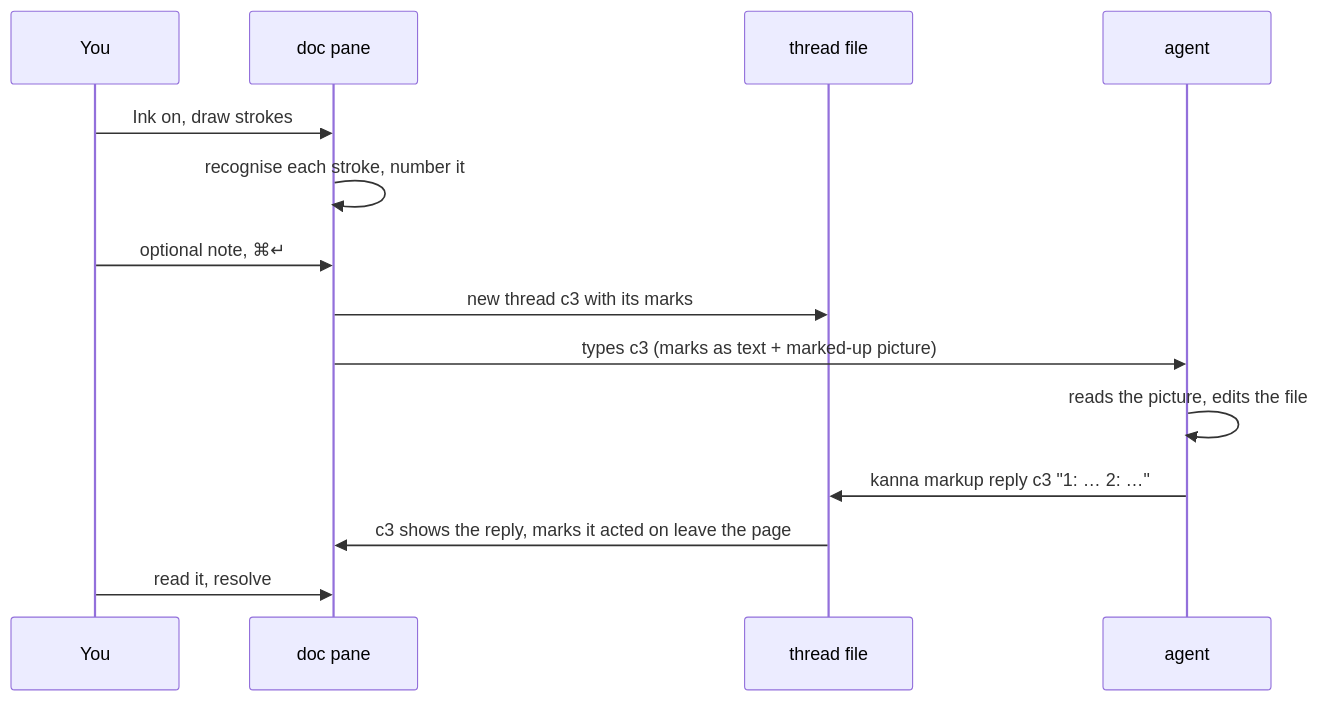
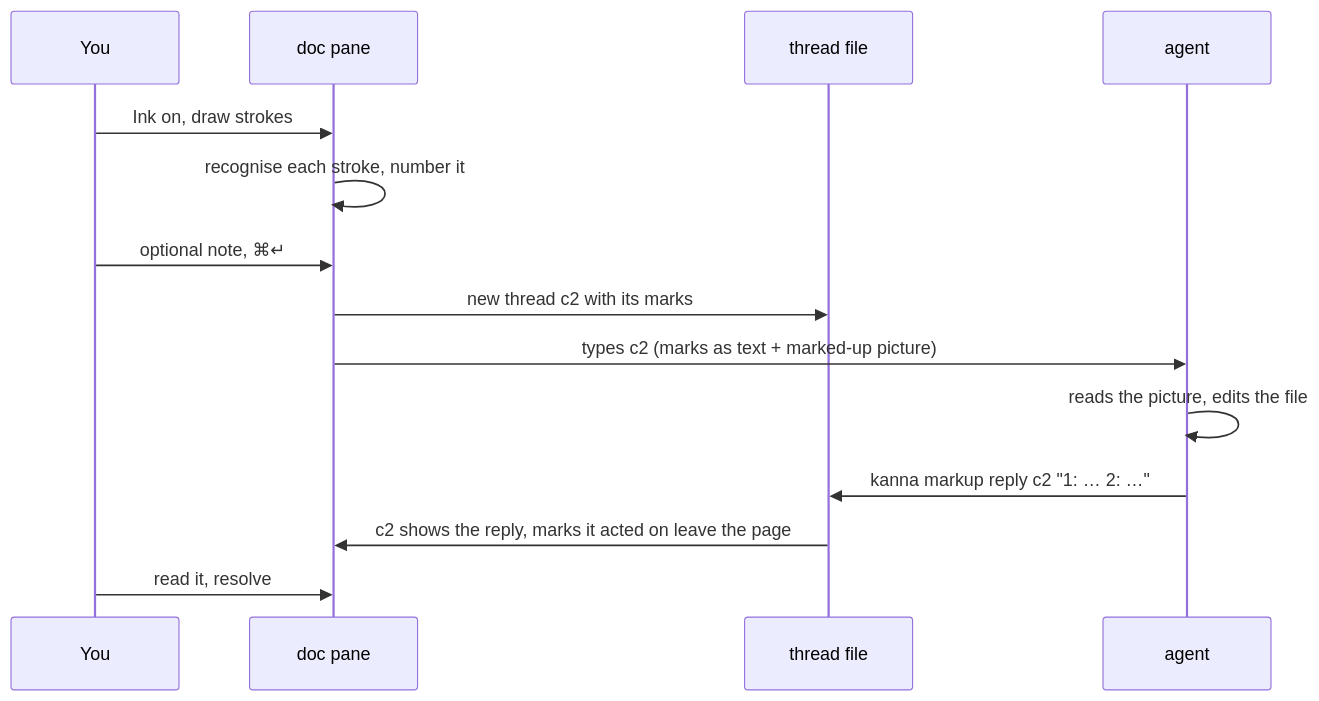
The first of 2 diagrams in docs/specs/ink-markup.md (tampopogk/kanna), drawn with Mermaid before and after one commit. The commit also changed other lines of this file and 5 other files, not shown here.

````diff
--- a/docs/specs/ink-markup.md
+++ b/docs/specs/ink-markup.md
@@ -21,16 +21,16 @@
 ```mermaid
 sequenceDiagram
     participant You
     participant Doc as doc pane
     participant F as thread file
     participant A as agent
     You->>Doc: Ink on, draw strokes
     Doc->>Doc: recognise each stroke, number it
     You->>Doc: optional note, ⌘↵
-    Doc->>F: new thread c3 with its marks
-    Doc->>A: types c3 (marks as text + marked-up picture)
+    Doc->>F: new thread c2 with its marks
+    Doc->>A: types c2 (marks as text + marked-up picture)
     A->>A: reads the picture, edits the file
-    A->>F: kanna markup reply c3 "1: … 2: …"
-    F->>Doc: c3 shows the reply, marks it acted on leave the page
+    A->>F: kanna markup reply c2 "1: … 2: …"
+    F->>Doc: c2 shows the reply, marks it acted on leave the page
     You->>Doc: read it, resolve
 ```
````
